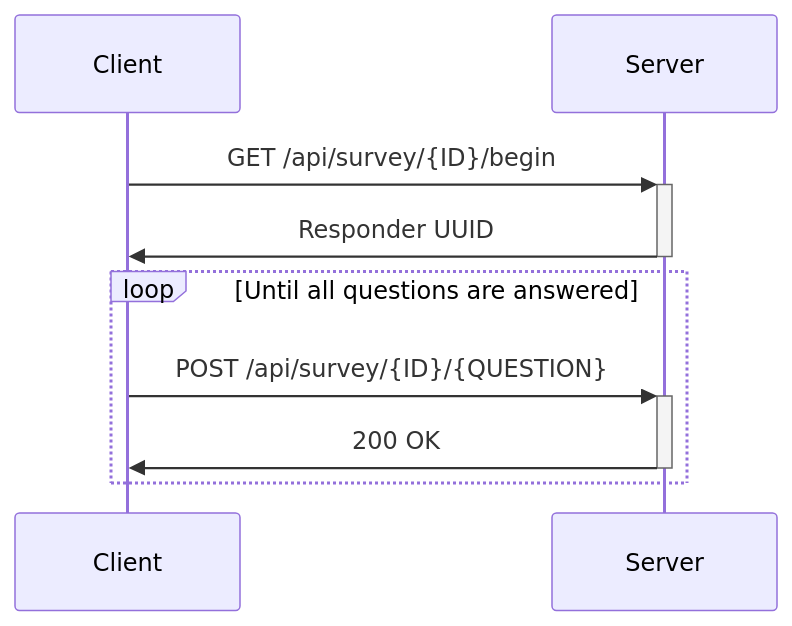
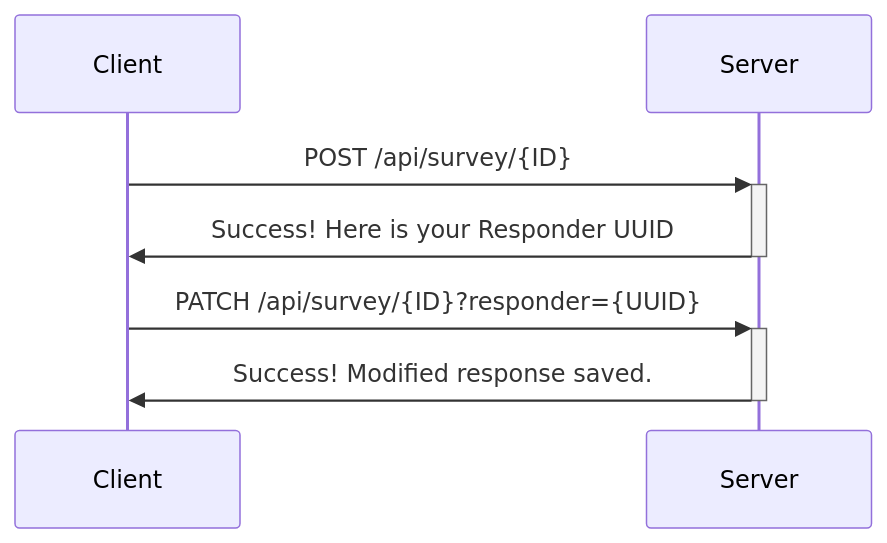
The sixth of 7 diagrams in docs/architecture.md (dyc3/d6-survey-service), drawn with Mermaid before and after one commit. The commit also changed other lines of this file, not shown here.

Commit message:
docs: change requirements to not save partial responses server-side

````diff
--- a/docs/architecture.md
+++ b/docs/architecture.md
@@ -235,9 +234,7 @@
 ```mermaid
 sequenceDiagram
-    Client->>+Server: GET /api/survey/{ID}/begin
-    Server->>-Client: Responder UUID
-    loop Until all questions are answered
-        Client->>+Server: POST /api/survey/{ID}/{QUESTION}
-        Server->>-Client: 200 OK
-    end
+    Client->>+Server: POST /api/survey/{ID}
+    Server->>-Client: Success! Here is your Responder UUID
+    Client->>+Server: PATCH /api/survey/{ID}?responder={UUID}
+    Server->>-Client: Success! Modified response saved.
 ```
````
